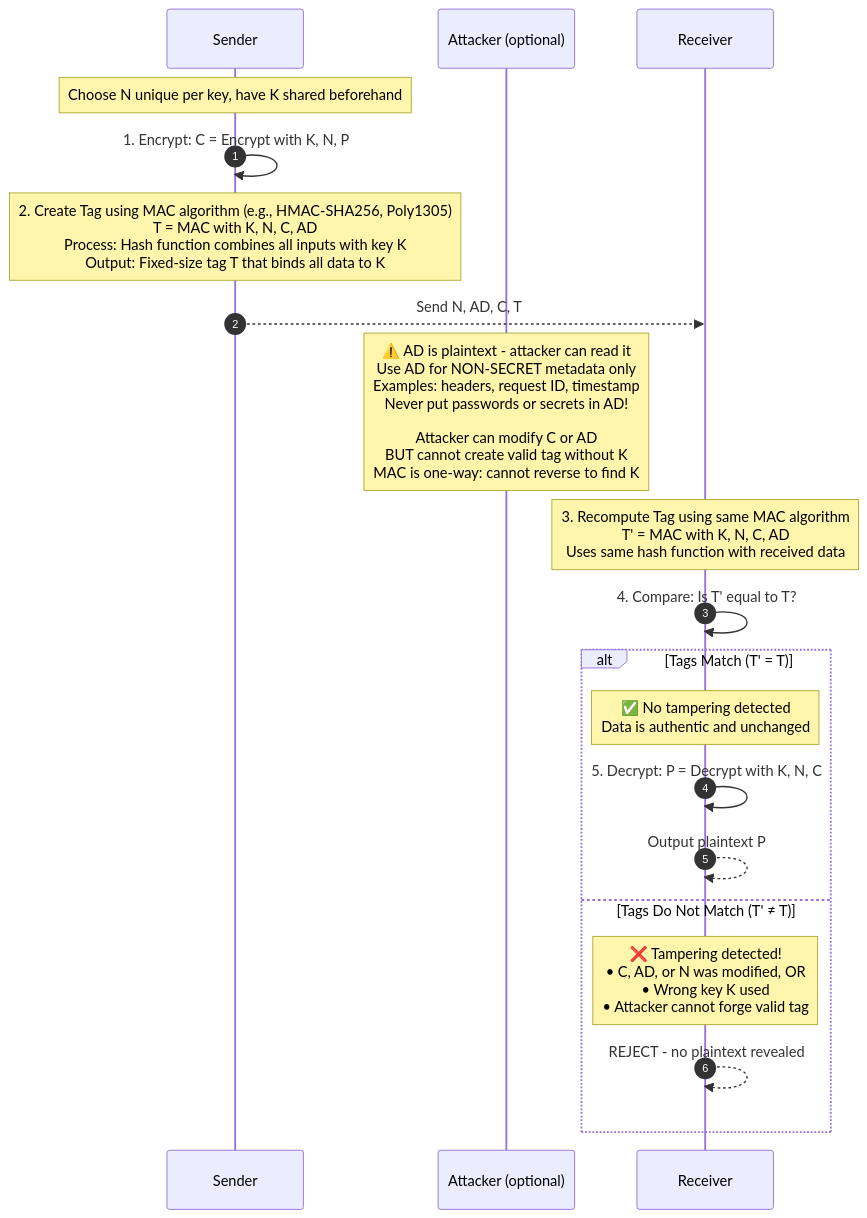
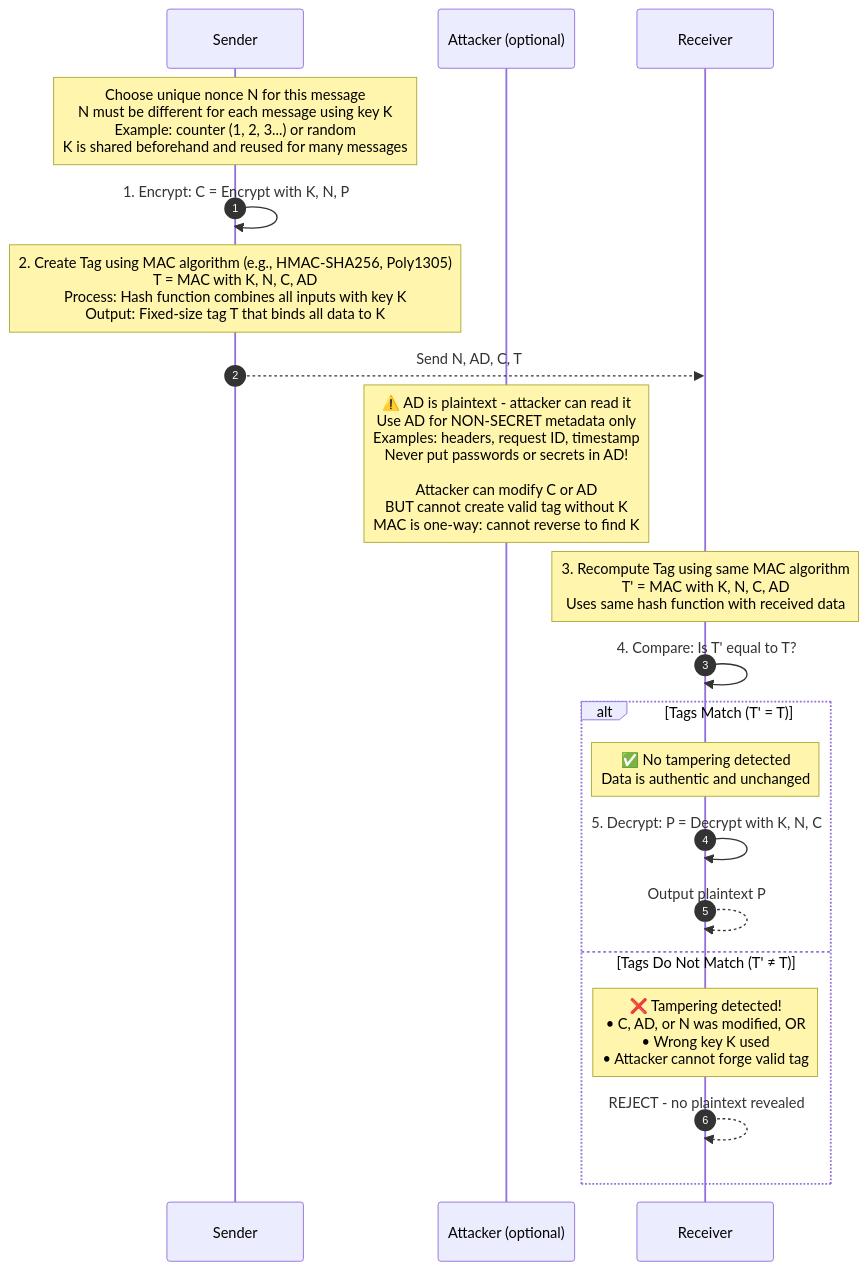
Before and after one commit to irahulsawhney/crypto-concepts: the diagram in diagrams/04-aead-sequence.mmd, drawn with Mermaid. The commit also changed 1 other file, not shown here.

Commit message:
Clarify nonce uniqueness requirements in AEAD diagrams

```diff
--- a/diagrams/04-aead-sequence.mmd
+++ b/diagrams/04-aead-sequence.mmd
@@ -1,27 +1,27 @@
 %% AEAD Sequence Diagram - Encryption and Verification Flow
 sequenceDiagram
   autonumber
   participant S as Sender
   participant A as Attacker (optional)
   participant R as Receiver
 
-  Note over S: Choose N unique per key, have K shared beforehand
+  Note over S: Choose unique nonce N for this message<br/>N must be different for each message using key K<br/>Example: counter (1, 2, 3...) or random<br/>K is shared beforehand and reused for many messages
   
   S->>S: 1. Encrypt: C = Encrypt with K, N, P
   Note over S: 2. Create Tag using MAC algorithm (e.g., HMAC-SHA256, Poly1305)<br/>T = MAC with K, N, C, AD<br/>Process: Hash function combines all inputs with key K<br/>Output: Fixed-size tag T that binds all data to K
   
   S-->>R: Send N, AD, C, T
   
   Note over A: ⚠️ AD is plaintext - attacker can read it<br/>Use AD for NON-SECRET metadata only<br/>Examples: headers, request ID, timestamp<br/>Never put passwords or secrets in AD!<br/><br/>Attacker can modify C or AD<br/>BUT cannot create valid tag without K<br/>MAC is one-way: cannot reverse to find K
   
   Note over R: 3. Recompute Tag using same MAC algorithm<br/>T' = MAC with K, N, C, AD<br/>Uses same hash function with received data
   R->>R: 4. Compare: Is T' equal to T?
   
   alt Tags Match (T' = T)
     Note over R: ✅ No tampering detected<br/>Data is authentic and unchanged
     R->>R: 5. Decrypt: P = Decrypt with K, N, C
     R-->>R: Output plaintext P
   else Tags Do Not Match (T' ≠ T)
     Note over R: ❌ Tampering detected!<br/>• C, AD, or N was modified, OR<br/>• Wrong key K used<br/>• Attacker cannot forge valid tag
     R-->>R: REJECT - no plaintext revealed
   end
```
